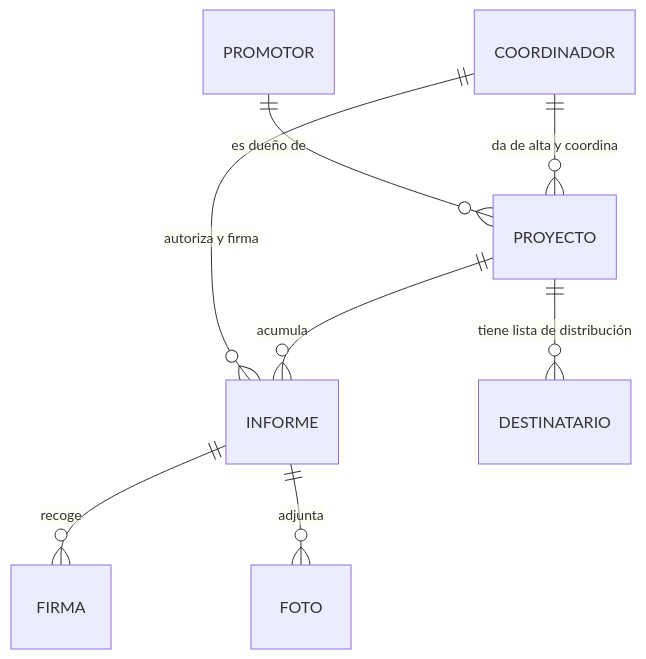
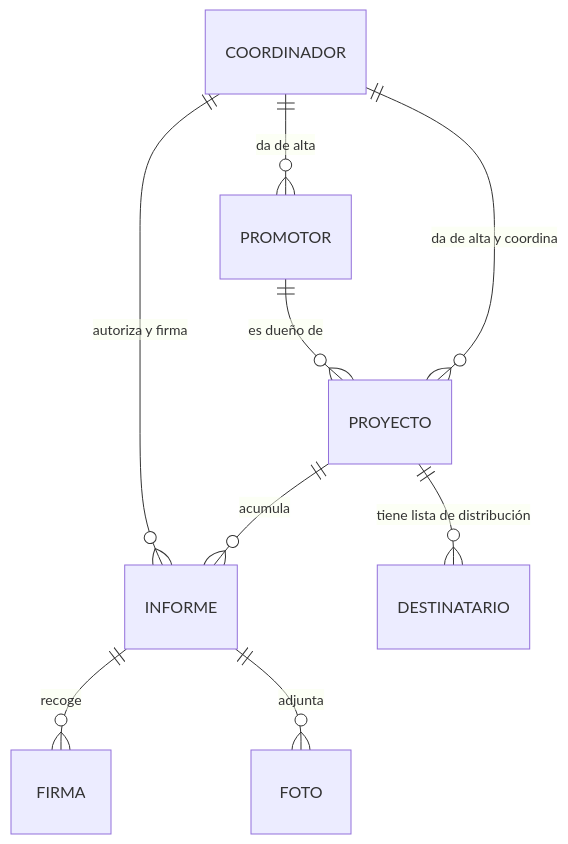
The diagram in docs/domain-model.md (andresefr24/security-report-app), drawn with Mermaid before and after one commit. The commit also changed other lines of this file and 6 other files, not shown here.

First line of the commit message:
Formalize F1 architecture, domain model, and core flows

````diff
--- a/docs/domain-model.md
+++ b/docs/domain-model.md
@@ -24,10 +24,11 @@
 ```mermaid
 erDiagram
+    COORDINADOR ||--o{ PROMOTOR : "da de alta"
     COORDINADOR ||--o{ PROYECTO : "da de alta y coordina"
     PROMOTOR ||--o{ PROYECTO : "es dueño de"
     PROYECTO ||--o{ INFORME : "acumula"
     PROYECTO ||--o{ DESTINATARIO : "tiene lista de distribución"
     INFORME ||--o{ FIRMA : "recoge"
     INFORME ||--o{ FOTO : "adjunta"
     COORDINADOR ||--o{ INFORME : "autoriza y firma"
 ```
````
